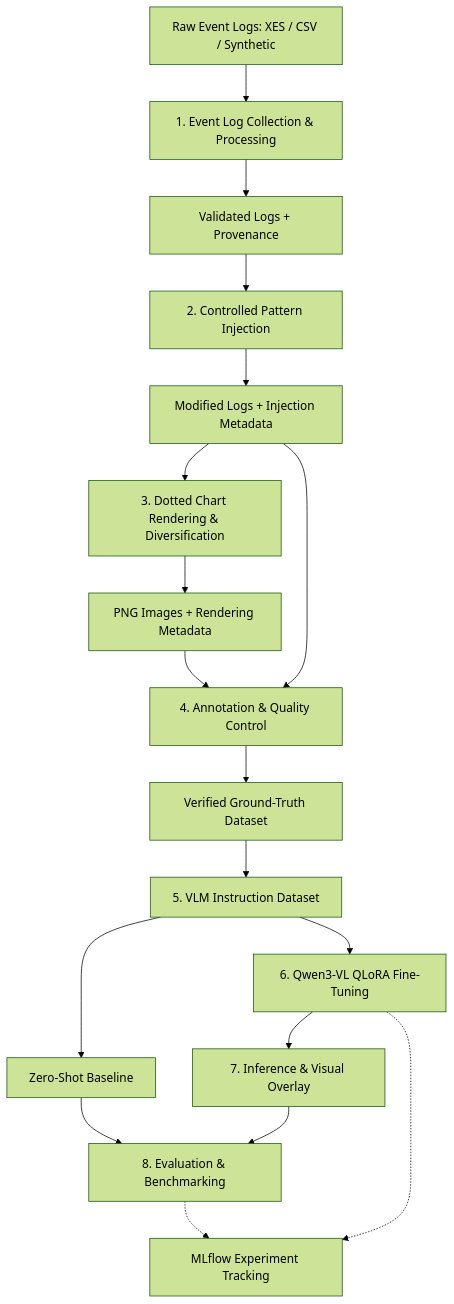
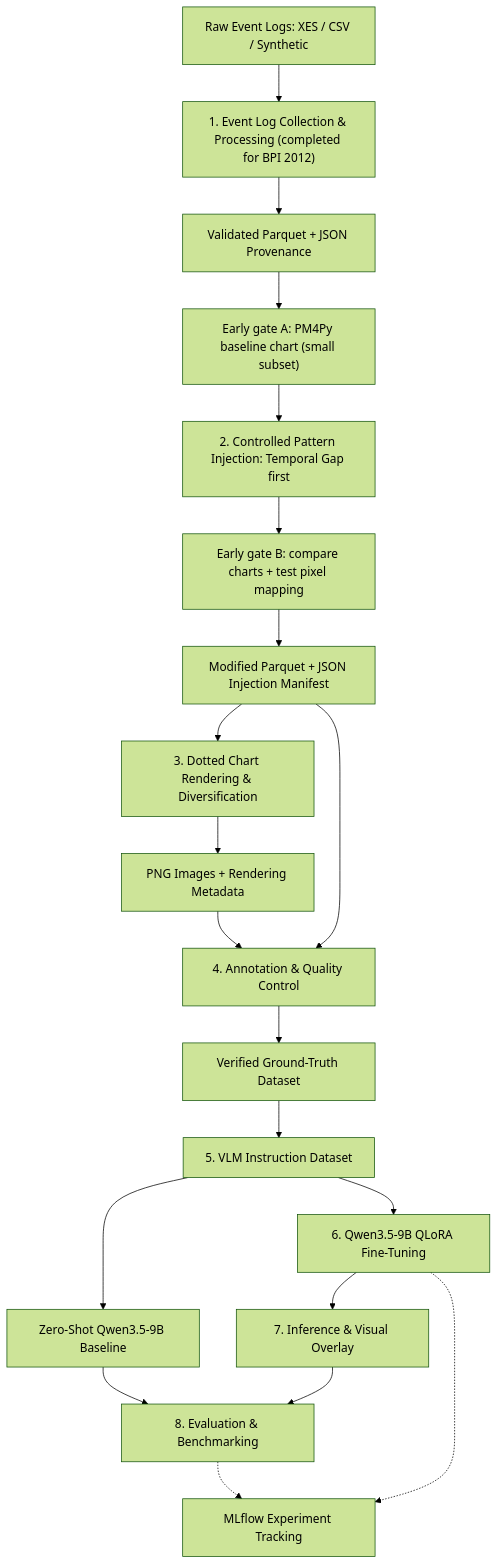
Before and after one commit to MyyKii/vlm-for-dotted-charts: the diagram in docs/blueprint.md, drawn with Mermaid (forest theme). The commit also changed other lines of this file and 21 other files, not shown here.

Commit message:
feat: implement phase 1 event log preparation pipeline

````diff
--- a/docs/blueprint.md
+++ b/docs/blueprint.md
@@ -124,20 +127,22 @@
 ```mermaid
 flowchart TD
-    A["Raw Event Logs: XES / CSV / Synthetic"] --> B["1. Event Log Collection & Processing"]
-    B --> C["Validated Logs + Provenance"]
-    C --> D["2. Controlled Pattern Injection"]
-    D --> E["Modified Logs + Injection Metadata"]
+    A["Raw Event Logs: XES / CSV / Synthetic"] --> B["1. Event Log Collection & Processing (completed for BPI 2012)"]
+    B --> C["Validated Parquet + JSON Provenance"]
+    C --> P["Early gate A: PM4Py baseline chart (small subset)"]
+    P --> D["2. Controlled Pattern Injection: Temporal Gap first"]
+    D --> Q["Early gate B: compare charts + test pixel mapping"]
+    Q --> E["Modified Parquet + JSON Injection Manifest"]
     E --> F["3. Dotted Chart Rendering & Diversification"]
     F --> G["PNG Images + Rendering Metadata"]
     G --> H["4. Annotation & Quality Control"]
     E --> H
     H --> I["Verified Ground-Truth Dataset"]
     I --> J["5. VLM Instruction Dataset"]
-    J --> K["Zero-Shot Baseline"]
-    J --> L["6. Qwen3-VL QLoRA Fine-Tuning"]
+    J --> K["Zero-Shot Qwen3.5-9B Baseline"]
+    J --> L["6. Qwen3.5-9B QLoRA Fine-Tuning"]
     L --> M["7. Inference & Visual Overlay"]
     K --> N["8. Evaluation & Benchmarking"]
     M --> N
     L -.-> O["MLflow Experiment Tracking"]
     N -.-> O
 ```
````
